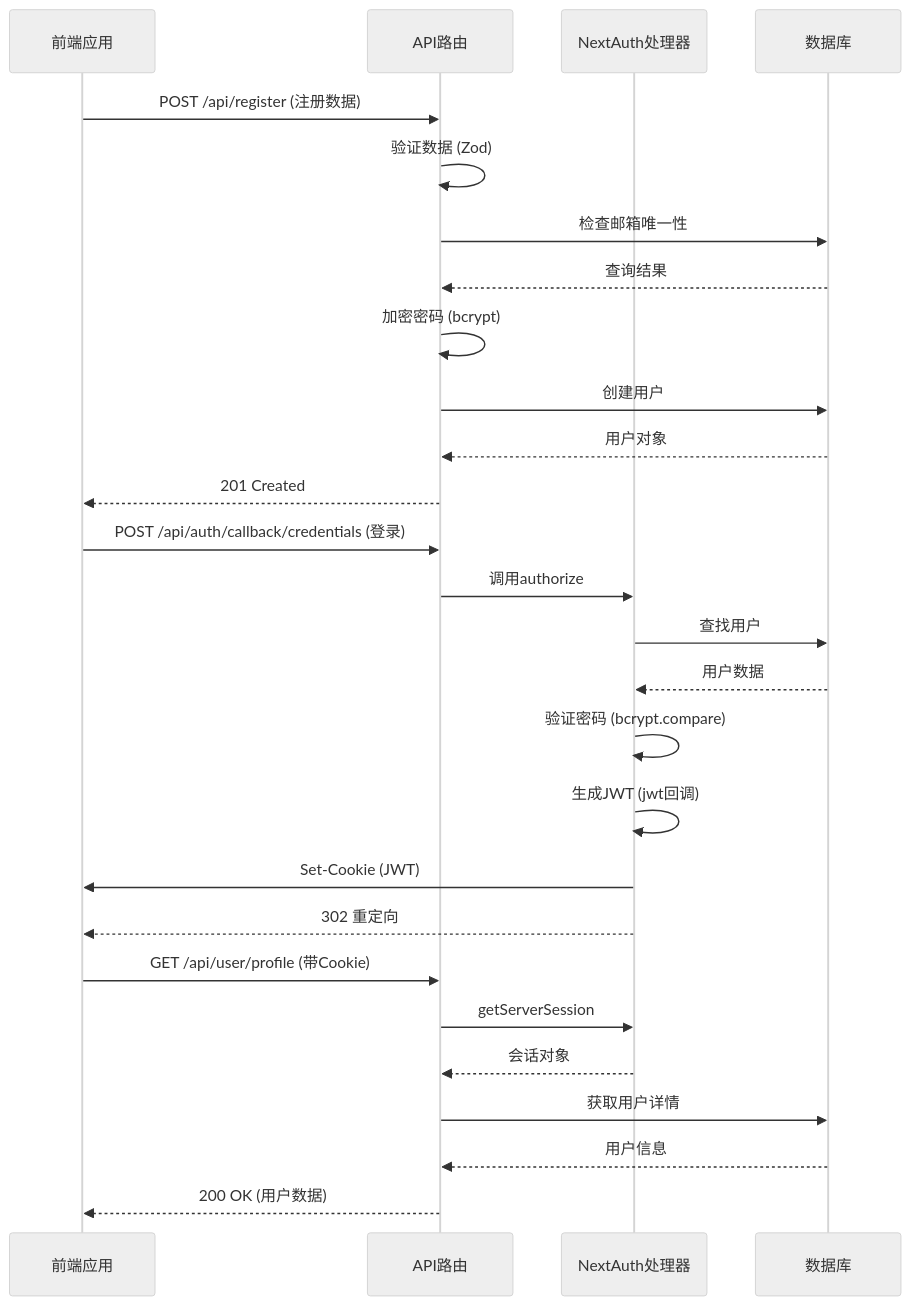
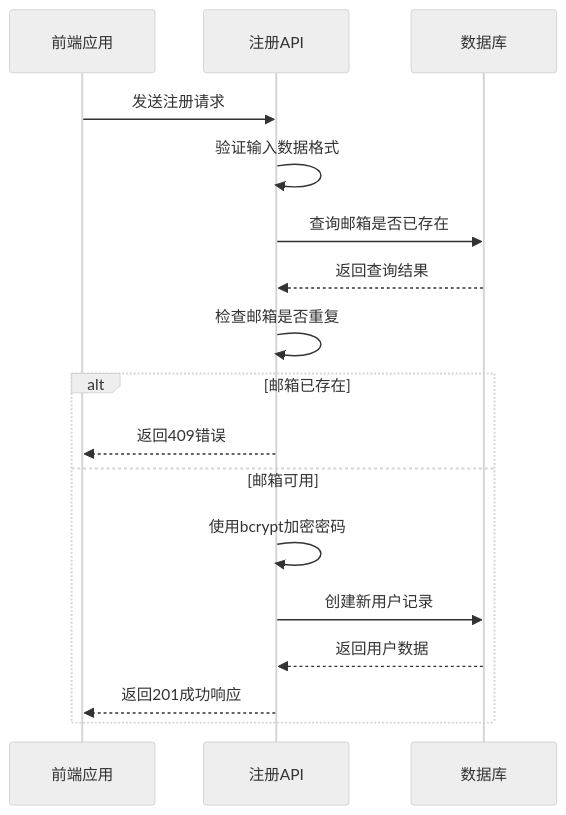
One commit to Eyre921/yunqi changed the first of 2 diagrams in .qoder/repowiki/zh/content/API参考/认证API.md. Above: the diagram before and after it, drawn with Mermaid (neutral theme). The commit also changed other lines of this file and 24 other files, not shown here.

````diff
--- a/.qoder/repowiki/zh/content/API参考/认证API.md
+++ b/.qoder/repowiki/zh/content/API参考/认证API.md
@@ -79,29 +71,19 @@
 ```mermaid
 sequenceDiagram
 participant 前端 as 前端应用
-participant API as API路由
-participant NextAuth as NextAuth处理器
+participant API as 注册API
 participant 数据库 as 数据库
-前端->>API : POST /api/register (注册数据)
-API->>API : 验证数据 (Zod)
-API->>数据库 : 检查邮箱唯一性
-数据库-->>API : 查询结果
-API->>API : 加密密码 (bcrypt)
-API->>数据库 : 创建用户
-数据库-->>API : 用户对象
-API-->>前端 : 201 Created
-前端->>API : POST /api/auth/callback/credentials (登录)
-API->>NextAuth : 调用authorize
-NextAuth->>数据库 : 查找用户
-数据库-->>NextAuth : 用户数据
-NextAuth->>NextAuth : 验证密码 (bcrypt.compare)
-NextAuth->>NextAuth : 生成JWT (jwt回调)
-NextAuth->>前端 : Set-Cookie (JWT)
-NextAuth-->>前端 : 302 重定向
-前端->>API : GET /api/user/profile (带Cookie)
-API->>NextAuth : getServerSession
-NextAuth-->>API : 会话对象
-API->>数据库 : 获取用户详情
-数据库-->>API : 用户信息
-API-->>前端 : 200 OK (用户数据)
+前端->>API : 发送注册请求
+API->>API : 验证输入数据格式
+API->>数据库 : 查询邮箱是否已存在
+数据库-->>API : 返回查询结果
+API->>API : 检查邮箱是否重复
+alt 邮箱已存在
+API-->>前端 : 返回409错误
+else 邮箱可用
+API->>API : 使用bcrypt加密密码
+API->>数据库 : 创建新用户记录
+数据库-->>API : 返回用户数据
+API-->>前端 : 返回201成功响应
+end
 ```
````
